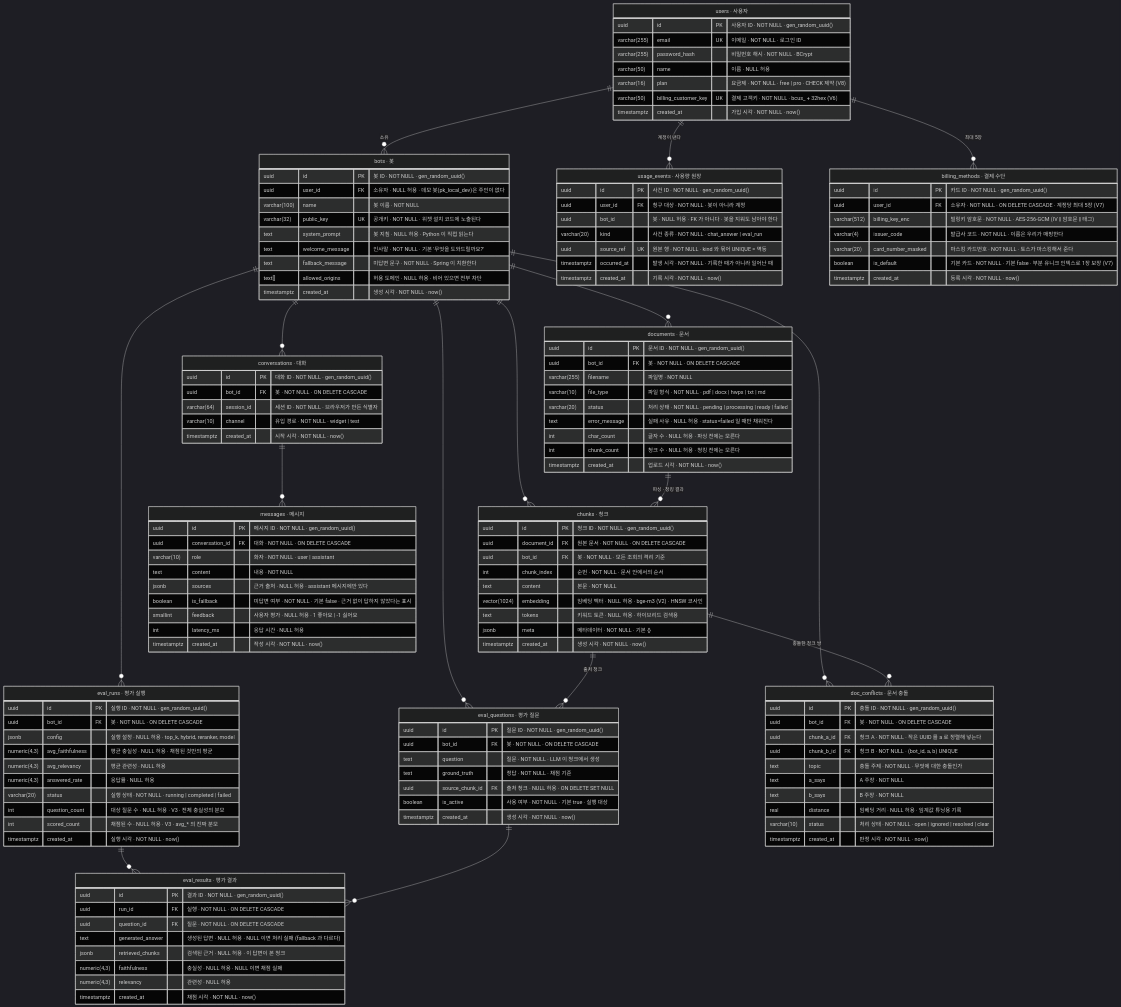
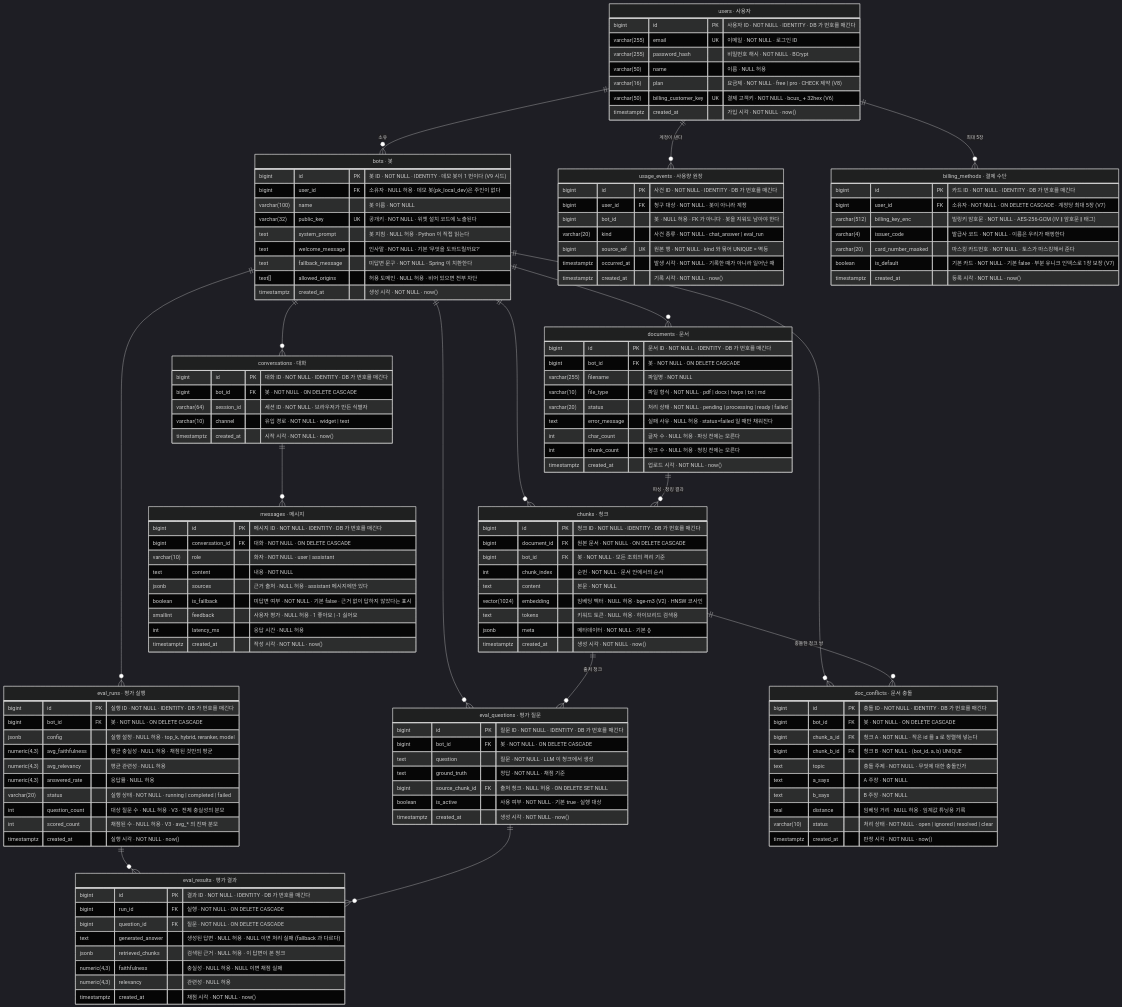
One commit to storyrago/AllDap changed the diagram in docs/images/erd.mmd. Above: the diagram before and after it, drawn with Mermaid (dark theme). The commit also changed 2 other files, not shown here.

Commit message:
docs: ERD 의 기본키를 BIGINT 로 바꾼다
13개 테이블의 PK 와 FK 15개를 uuid 에서 bigint 로 바꾸고,
설명 칸의 gen_random_uuid() 를 IDENTITY 로 고쳤다.
번호를 매기는 주체가 DB 라는 것이 ERD 에서 읽혀야 한다.

데모 봇이 1 번이라는 것을 bots.id 설명에 적었다.
doc_conflicts 의 "작은 UUID 를 a 로 정렬" 도 id 로 고쳤다.
README 의 V1~V8 은 V9 로 바꿨다.

Claude-Session: https://claude.ai/code/session_01JDB22k6bovYwzBrf7n7J2b

```diff
--- a/docs/images/erd.mmd
+++ b/docs/images/erd.mmd
@@ -1,138 +1,138 @@
 erDiagram
     "users · 사용자" ||--o{ "bots · 봇" : "소유"
     "users · 사용자" ||--o{ "usage_events · 사용량 원장" : "계정이 낸다"
     "users · 사용자" ||--o{ "billing_methods · 결제 수단" : "최대 5장"
     "bots · 봇" ||--o{ "documents · 문서" : ""
     "bots · 봇" ||--o{ "chunks · 청크" : ""
     "bots · 봇" ||--o{ "conversations · 대화" : ""
     "bots · 봇" ||--o{ "eval_questions · 평가 질문" : ""
     "bots · 봇" ||--o{ "eval_runs · 평가 실행" : ""
     "bots · 봇" ||--o{ "doc_conflicts · 문서 충돌" : ""
     "documents · 문서" ||--o{ "chunks · 청크" : "파싱 · 청킹 결과"
     "conversations · 대화" ||--o{ "messages · 메시지" : ""
     "chunks · 청크" ||--o{ "eval_questions · 평가 질문" : "출처 청크"
     "chunks · 청크" ||--o{ "doc_conflicts · 문서 충돌" : "충돌한 청크 쌍"
     "eval_runs · 평가 실행" ||--o{ "eval_results · 평가 결과" : ""
     "eval_questions · 평가 질문" ||--o{ "eval_results · 평가 결과" : ""
 
     "users · 사용자" {
-        uuid id PK "사용자 ID · NOT NULL · gen_random_uuid()"
+        bigint id PK "사용자 ID · NOT NULL · IDENTITY · DB 가 번호를 매긴다"
         varchar(255) email UK "이메일 · NOT NULL · 로그인 ID"
         varchar(255) password_hash "비밀번호 해시 · NOT NULL · BCrypt"
         varchar(50) name "이름 · NULL 허용"
         varchar(16) plan "요금제 · NOT NULL · free | pro · CHECK 제약 (V8)"
         varchar(50) billing_customer_key UK "결제 고객키 · NOT NULL · bcus_ + 32hex (V6)"
         timestamptz created_at "가입 시각 · NOT NULL · now()"
     }
     "bots · 봇" {
-        uuid id PK "봇 ID · NOT NULL · gen_random_uuid()"
-        uuid user_id FK "소유자 · NULL 허용 · 데모 봇(pk_local_dev)은 주인이 없다"
+        bigint id PK "봇 ID · NOT NULL · IDENTITY · 데모 봇이 1 번이다 (V9 시드)"
+        bigint user_id FK "소유자 · NULL 허용 · 데모 봇(pk_local_dev)은 주인이 없다"
         varchar(100) name "봇 이름 · NOT NULL"
         varchar(32) public_key UK "공개키 · NOT NULL · 위젯 설치 코드에 노출된다"
         text system_prompt "봇 지침 · NULL 허용 · Python 이 직접 읽는다"
         text welcome_message "인사말 · NOT NULL · 기본 '무엇을 도와드릴까요?'"
         text fallback_message "미답변 문구 · NOT NULL · Spring 이 치환한다"
         text[] allowed_origins "허용 도메인 · NULL 허용 · 비어 있으면 전부 차단"
         timestamptz created_at "생성 시각 · NOT NULL · now()"
     }
     "documents · 문서" {
-        uuid id PK "문서 ID · NOT NULL · gen_random_uuid()"
-        uuid bot_id FK "봇 · NOT NULL · ON DELETE CASCADE"
+        bigint id PK "문서 ID · NOT NULL · IDENTITY · DB 가 번호를 매긴다"
+        bigint bot_id FK "봇 · NOT NULL · ON DELETE CASCADE"
         varchar(255) filename "파일명 · NOT NULL"
         varchar(10) file_type "파일 형식 · NOT NULL · pdf | docx | hwpx | txt | md"
         varchar(20) status "처리 상태 · NOT NULL · pending | processing | ready | failed"
         text error_message "실패 사유 · NULL 허용 · status=failed 일 때만 채워진다"
         int char_count "글자 수 · NULL 허용 · 파싱 전에는 모른다"
         int chunk_count "청크 수 · NULL 허용 · 청킹 전에는 모른다"
         timestamptz created_at "업로드 시각 · NOT NULL · now()"
     }
     "chunks · 청크" {
-        uuid id PK "청크 ID · NOT NULL · gen_random_uuid()"
-        uuid document_id FK "원본 문서 · NOT NULL · ON DELETE CASCADE"
-        uuid bot_id FK "봇 · NOT NULL · 모든 조회의 격리 기준"
+        bigint id PK "청크 ID · NOT NULL · IDENTITY · DB 가 번호를 매긴다"
+        bigint document_id FK "원본 문서 · NOT NULL · ON DELETE CASCADE"
+        bigint bot_id FK "봇 · NOT NULL · 모든 조회의 격리 기준"
         int chunk_index "순번 · NOT NULL · 문서 안에서의 순서"
         text content "본문 · NOT NULL"
         vector(1024) embedding "임베딩 벡터 · NULL 허용 · bge-m3 (V2) · HNSW 코사인"
         text tokens "키워드 토큰 · NULL 허용 · 하이브리드 검색용"
         jsonb meta "메타데이터 · NOT NULL · 기본 {}"
         timestamptz created_at "생성 시각 · NOT NULL · now()"
     }
     "conversations · 대화" {
-        uuid id PK "대화 ID · NOT NULL · gen_random_uuid()"
-        uuid bot_id FK "봇 · NOT NULL · ON DELETE CASCADE"
+        bigint id PK "대화 ID · NOT NULL · IDENTITY · DB 가 번호를 매긴다"
+        bigint bot_id FK "봇 · NOT NULL · ON DELETE CASCADE"
         varchar(64) session_id "세션 ID · NOT NULL · 브라우저가 만든 식별자"
         varchar(10) channel "유입 경로 · NOT NULL · widget | test"
         timestamptz created_at "시작 시각 · NOT NULL · now()"
     }
     "messages · 메시지" {
-        uuid id PK "메시지 ID · NOT NULL · gen_random_uuid()"
-        uuid conversation_id FK "대화 · NOT NULL · ON DELETE CASCADE"
+        bigint id PK "메시지 ID · NOT NULL · IDENTITY · DB 가 번호를 매긴다"
+        bigint conversation_id FK "대화 · NOT NULL · ON DELETE CASCADE"
         varchar(10) role "화자 · NOT NULL · user | assistant"
         text content "내용 · NOT NULL"
         jsonb sources "근거 출처 · NULL 허용 · assistant 메시지에만 있다"
         boolean is_fallback "미답변 여부 · NOT NULL · 기본 false · 근거 없이 답하지 않았다는 표시"
         smallint feedback "사용자 평가 · NULL 허용 · 1 좋아요 | -1 싫어요"
         int latency_ms "응답 시간 · NULL 허용"
         timestamptz created_at "작성 시각 · NOT NULL · now()"
     }
     "eval_questions · 평가 질문" {
-        uuid id PK "질문 ID · NOT NULL · gen_random_uuid()"
-        uuid bot_id FK "봇 · NOT NULL · ON DELETE CASCADE"
+        bigint id PK "질문 ID · NOT NULL · IDENTITY · DB 가 번호를 매긴다"
+        bigint bot_id FK "봇 · NOT NULL · ON DELETE CASCADE"
         text question "질문 · NOT NULL · LLM 이 청크에서 생성"
         text ground_truth "정답 · NOT NULL · 채점 기준"
-        uuid source_chunk_id FK "출처 청크 · NULL 허용 · ON DELETE SET NULL"
+        bigint source_chunk_id FK "출처 청크 · NULL 허용 · ON DELETE SET NULL"
         boolean is_active "사용 여부 · NOT NULL · 기본 true · 실행 대상"
         timestamptz created_at "생성 시각 · NOT NULL · now()"
     }
     "eval_runs · 평가 실행" {
-        uuid id PK "실행 ID · NOT NULL · gen_random_uuid()"
-        uuid bot_id FK "봇 · NOT NULL · ON DELETE CASCADE"
+        bigint id PK "실행 ID · NOT NULL · IDENTITY · DB 가 번호를 매긴다"
+        bigint bot_id FK "봇 · NOT NULL · ON DELETE CASCADE"
         jsonb config "실행 설정 · NULL 허용 · top_k, hybrid, reranker, model"
         numeric(4,3) avg_faithfulness "평균 충실성 · NULL 허용 · 채점된 것만의 평균"
         numeric(4,3) avg_relevancy "평균 관련성 · NULL 허용"
         numeric(4,3) answered_rate "응답률 · NULL 허용"
         varchar(20) status "실행 상태 · NOT NULL · running | completed | failed"
         int question_count "대상 질문 수 · NULL 허용 · V3 · 전체 충실성의 분모"
         int scored_count "채점된 수 · NULL 허용 · V3 · avg_* 의 진짜 분모"
         timestamptz created_at "실행 시각 · NOT NULL · now()"
     }
     "eval_results · 평가 결과" {
-        uuid id PK "결과 ID · NOT NULL · gen_random_uuid()"
-        uuid run_id FK "실행 · NOT NULL · ON DELETE CASCADE"
-        uuid question_id FK "질문 · NOT NULL · ON DELETE CASCADE"
+        bigint id PK "결과 ID · NOT NULL · IDENTITY · DB 가 번호를 매긴다"
+        bigint run_id FK "실행 · NOT NULL · ON DELETE CASCADE"
+        bigint question_id FK "질문 · NOT NULL · ON DELETE CASCADE"
         text generated_answer "생성된 답변 · NULL 허용 · NULL 이면 처리 실패 (fallback 과 다르다)"
         jsonb retrieved_chunks "검색된 근거 · NULL 허용 · 이 답변이 본 청크"
         numeric(4,3) faithfulness "충실성 · NULL 허용 · NULL 이면 채점 실패"
         numeric(4,3) relevancy "관련성 · NULL 허용"
         timestamptz created_at "채점 시각 · NOT NULL · now()"
     }
     "doc_conflicts · 문서 충돌" {
-        uuid id PK "충돌 ID · NOT NULL · gen_random_uuid()"
-        uuid bot_id FK "봇 · NOT NULL · ON DELETE CASCADE"
-        uuid chunk_a_id FK "청크 A · NOT NULL · 작은 UUID 를 a 로 정렬해 넣는다"
-        uuid chunk_b_id FK "청크 B · NOT NULL · (bot_id, a, b) UNIQUE"
+        bigint id PK "충돌 ID · NOT NULL · IDENTITY · DB 가 번호를 매긴다"
+        bigint bot_id FK "봇 · NOT NULL · ON DELETE CASCADE"
+        bigint chunk_a_id FK "청크 A · NOT NULL · 작은 id 를 a 로 정렬해 넣는다"
+        bigint chunk_b_id FK "청크 B · NOT NULL · (bot_id, a, b) UNIQUE"
         text topic "충돌 주제 · NOT NULL · 무엇에 대한 충돌인가"
         text a_says "A 주장 · NOT NULL"
         text b_says "B 주장 · NOT NULL"
         real distance "임베딩 거리 · NULL 허용 · 임계값 튜닝용 기록"
         varchar(10) status "처리 상태 · NOT NULL · open | ignored | resolved | clear"
         timestamptz created_at "판정 시각 · NOT NULL · now()"
     }
     "usage_events · 사용량 원장" {
-        uuid id PK "사건 ID · NOT NULL · gen_random_uuid()"
-        uuid user_id FK "청구 대상 · NOT NULL · 봇이 아니라 계정"
-        uuid bot_id "봇 · NULL 허용 · FK 가 아니다 · 봇을 지워도 남아야 한다"
+        bigint id PK "사건 ID · NOT NULL · IDENTITY · DB 가 번호를 매긴다"
+        bigint user_id FK "청구 대상 · NOT NULL · 봇이 아니라 계정"
+        bigint bot_id "봇 · NULL 허용 · FK 가 아니다 · 봇을 지워도 남아야 한다"
         varchar(20) kind "사건 종류 · NOT NULL · chat_answer | eval_run"
-        uuid source_ref UK "원본 행 · NOT NULL · kind 와 묶어 UNIQUE = 멱등"
+        bigint source_ref UK "원본 행 · NOT NULL · kind 와 묶어 UNIQUE = 멱등"
         timestamptz occurred_at "발생 시각 · NOT NULL · 기록한 때가 아니라 일어난 때"
         timestamptz created_at "기록 시각 · NOT NULL · now()"
     }
     "billing_methods · 결제 수단" {
-        uuid id PK "카드 ID · NOT NULL · gen_random_uuid()"
-        uuid user_id FK "소유자 · NOT NULL · ON DELETE CASCADE · 계정당 최대 5장 (V7)"
+        bigint id PK "카드 ID · NOT NULL · IDENTITY · DB 가 번호를 매긴다"
+        bigint user_id FK "소유자 · NOT NULL · ON DELETE CASCADE · 계정당 최대 5장 (V7)"
         varchar(512) billing_key_enc "빌링키 암호문 · NOT NULL · AES-256-GCM (IV ‖ 암호문 ‖ 태그)"
         varchar(4) issuer_code "발급사 코드 · NOT NULL · 이름은 우리가 매핑한다"
         varchar(20) card_number_masked "마스킹 카드번호 · NOT NULL · 토스가 마스킹해서 준다"
         boolean is_default "기본 카드 · NOT NULL · 기본 false · 부분 유니크 인덱스로 1장 보장 (V7)"
         timestamptz created_at "등록 시각 · NOT NULL · now()"
     }
```
